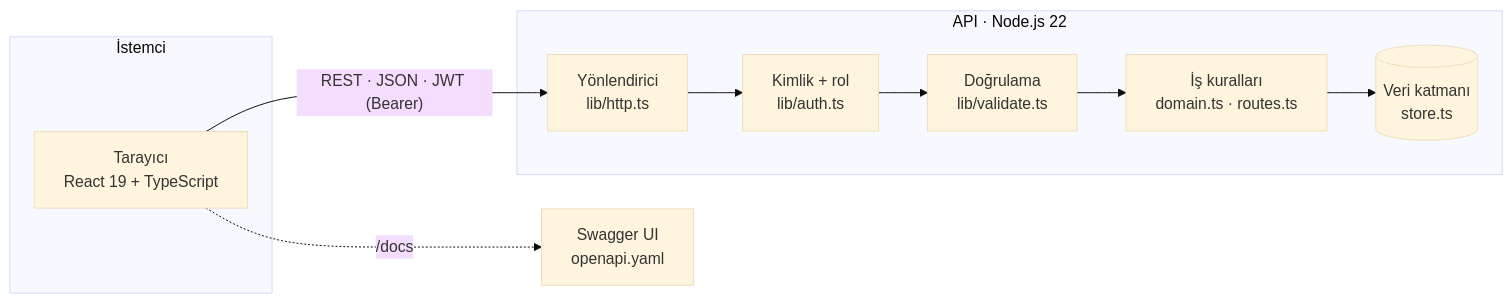
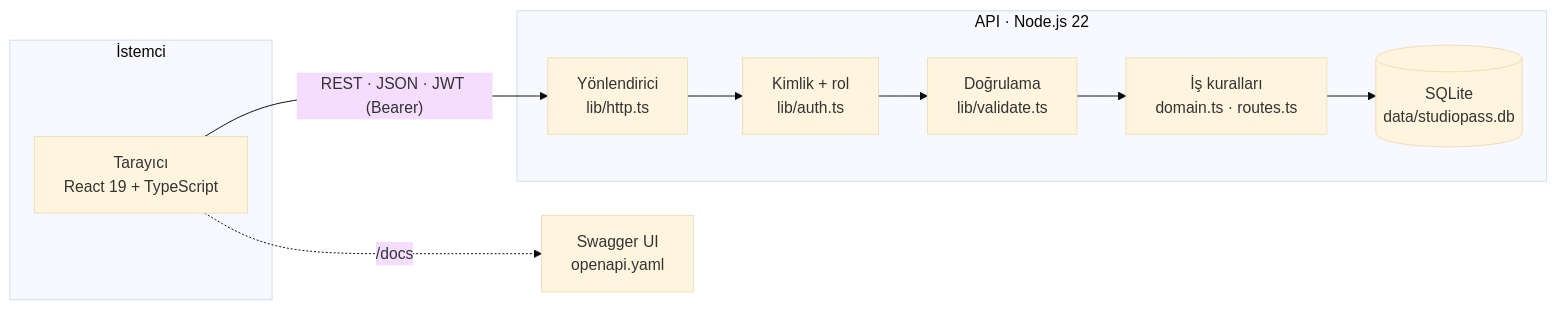
The diagram in docs/04-mimari/mimari.md (Yaren-Dogan/studiopass), drawn with Mermaid (base theme) before and after one commit. The commit also changed other lines of this file and 35 other files, not shown here.

````diff
--- a/docs/04-mimari/mimari.md
+++ b/docs/04-mimari/mimari.md
@@ -3,14 +3,14 @@
 ```mermaid
 flowchart LR
   subgraph İstemci
     B[Tarayıcı<br/>React 19 + TypeScript]
   end
   subgraph Sunucu["API · Node.js 22"]
     R[Yönlendirici<br/>lib/http.ts] --> A[Kimlik + rol<br/>lib/auth.ts]
     A --> V[Doğrulama<br/>lib/validate.ts]
     V --> D[İş kuralları<br/>domain.ts · routes.ts]
-    D --> S[(Veri katmanı<br/>store.ts)]
+    D --> S[(SQLite<br/>data/studiopass.db)]
   end
   B -- "REST · JSON · JWT (Bearer)" --> R
   B -. "/docs" .-> SW[Swagger UI<br/>openapi.yaml]
 ```
````
